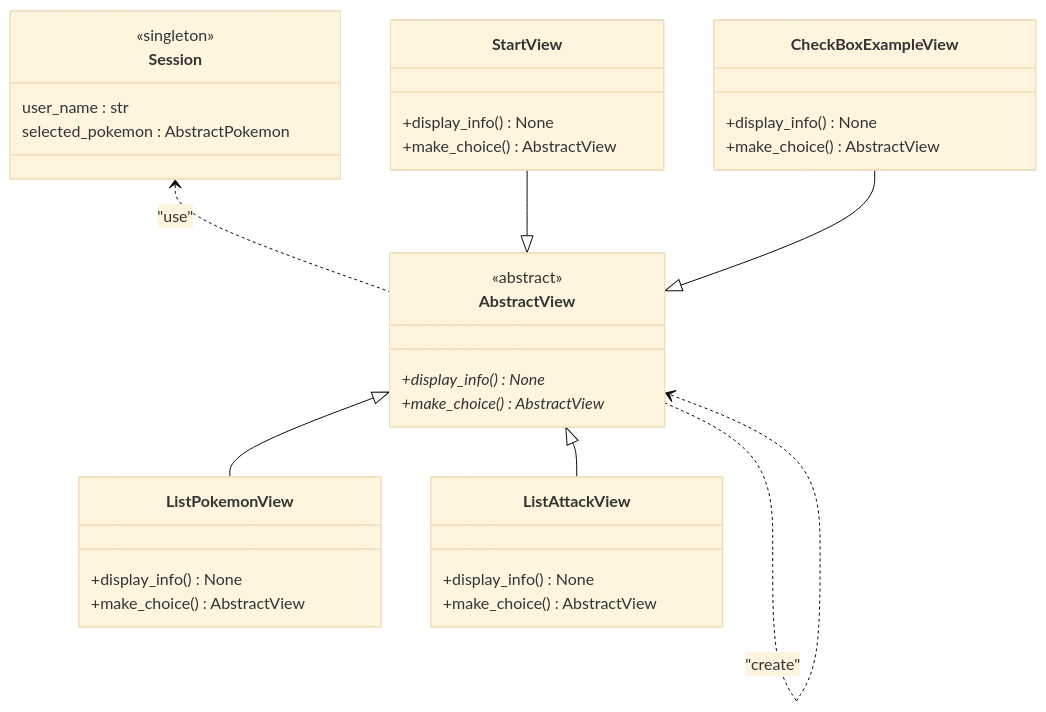
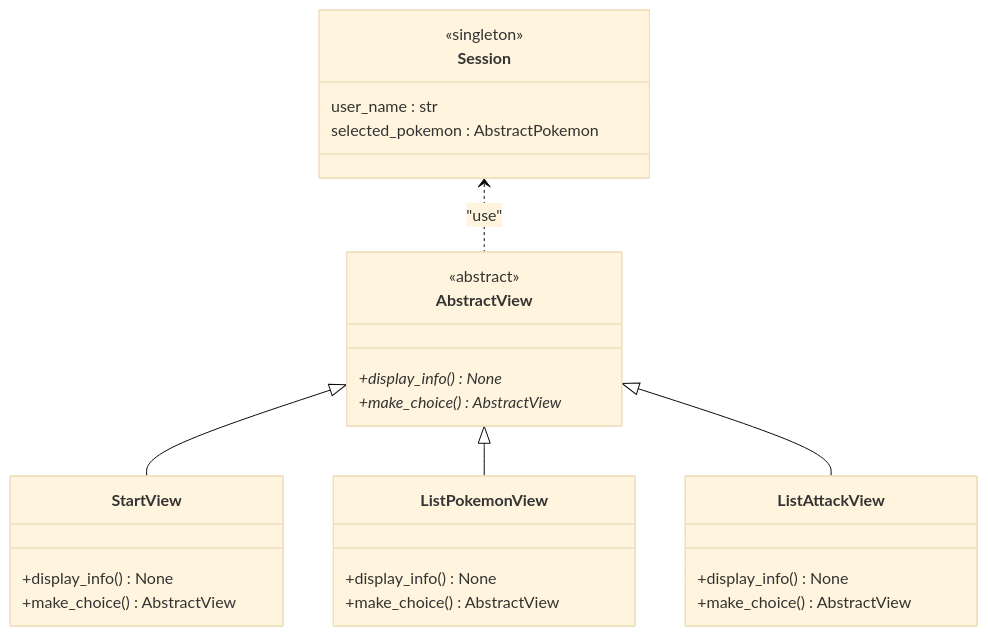
Before and after one commit to ludo2ne/ENSAI-2A-complement-info: the diagram in TP/TP4.md, drawn with Mermaid (base theme). The commit also changed other lines of this file, not shown here.

````diff
--- a/TP/TP4.md
+++ b/TP/TP4.md
@@ -298,43 +299,36 @@
 ```mermaid
 classDiagram
 
 class Session{
 	<<singleton>>
 	user_name : str
 	selected_pokemon : AbstractPokemon
 }
 
 class AbstractView{
 	<<abstract>>
 	+display_info()* None
 	+make_choice()* AbstractView
 }
 
 class StartView{
 	+display_info() None
 	+make_choice() AbstractView
 }
-class CheckBoxExampleView{
-	+display_info() None
-	+make_choice() AbstractView
-}
+
 class ListPokemonView{
 	+display_info() None
 	+make_choice() AbstractView
 }
+
 class ListAttackView{
 	+display_info() None
 	+make_choice() AbstractView
 }
 
 Session <..AbstractView: "use"
-AbstractView ..> AbstractView : "create"
 
-StartView --|> AbstractView
+AbstractView <|-- StartView
 AbstractView <|-- ListPokemonView
-
-
 AbstractView <|-- ListAttackView
-CheckBoxExampleView --|> AbstractView
-
 ```
````
